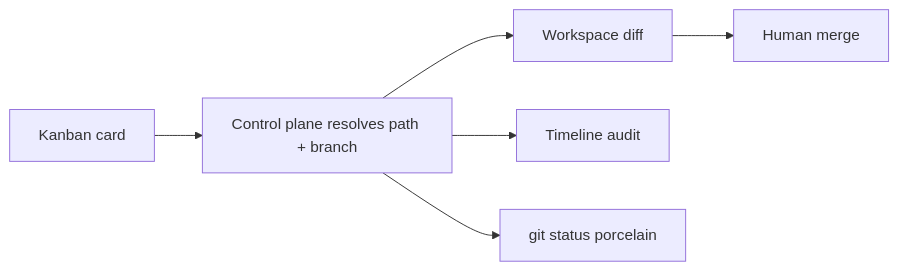
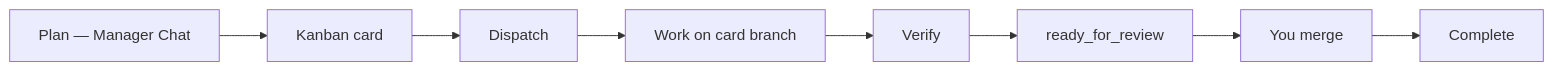
The diagram in README.md (CardSorting/JoyZoning), drawn with Mermaid before and after one commit. The commit also changed other lines of this file, not shown here.

First line of the commit message:
The README is now an onboarding entry point instead of a product + architecture overview.

````diff
--- a/README.md
+++ b/README.md
@@ -53,8 +68,10 @@
 ```mermaid
 flowchart LR
-  Card[Kanban card] --> CP[Control plane resolves path + branch]
-  CP --> WS[Workspace diff]
-  CP --> TL[Timeline audit]
-  CP --> Git[git status porcelain]
-  WS --> You[Human merge]
+  P[Plan — Manager Chat] --> K[Kanban card]
+  K --> D[Dispatch]
+  D --> W[Work on card branch]
+  W --> V[Verify]
+  V --> R[ready_for_review]
+  R --> M[You merge]
+  M --> Done[Complete]
 ```
````
